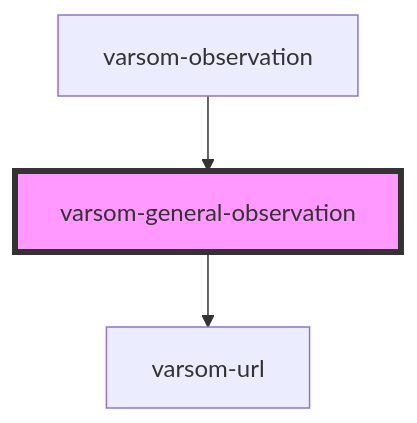
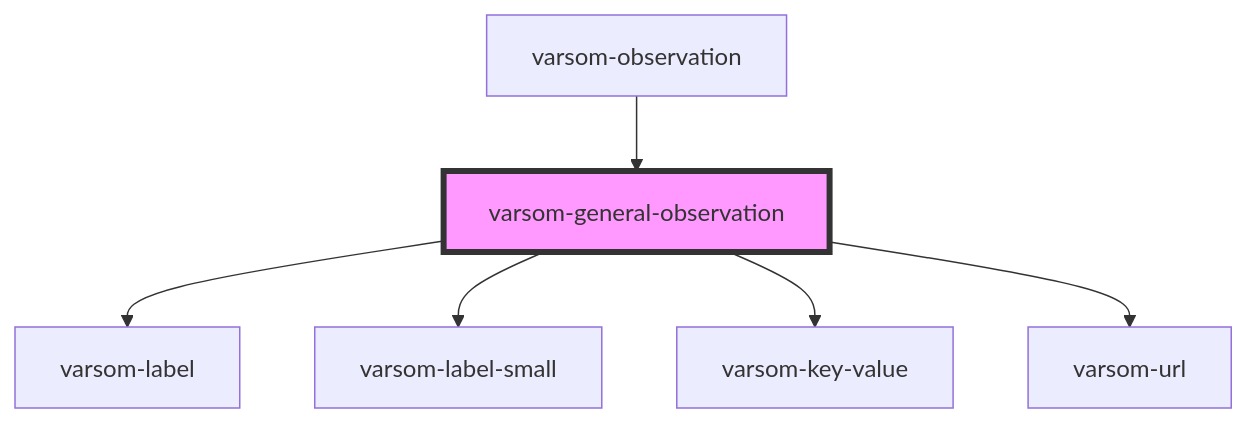
Before and after one commit to NVE/varsom-observation: the diagram in observasjonskort/src/components/varsom-general-observation/readme.md, drawn with Mermaid. The commit also changed other lines of this file and 6 other files, not shown here.

Commit message:
updated general observation component

````diff
--- a/observasjonskort/src/components/varsom-general-observation/readme.md
+++ b/observasjonskort/src/components/varsom-general-observation/readme.md
@@ -32,6 +35,9 @@
 ```mermaid
 graph TD;
+  varsom-general-observation --> varsom-label
+  varsom-general-observation --> varsom-label-small
+  varsom-general-observation --> varsom-key-value
   varsom-general-observation --> varsom-url
   varsom-observation --> varsom-general-observation
   style varsom-general-observation fill:#f9f,stroke:#333,stroke-width:4px
 ```
````
